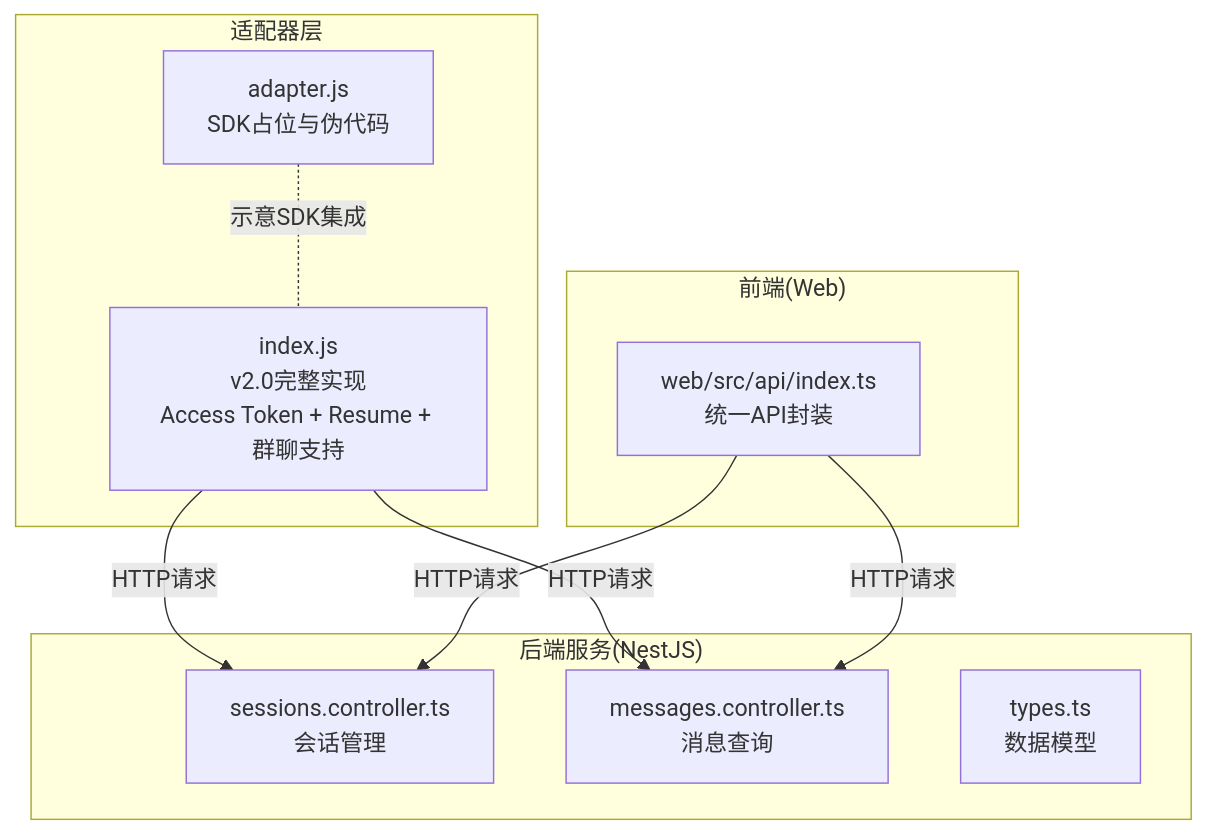
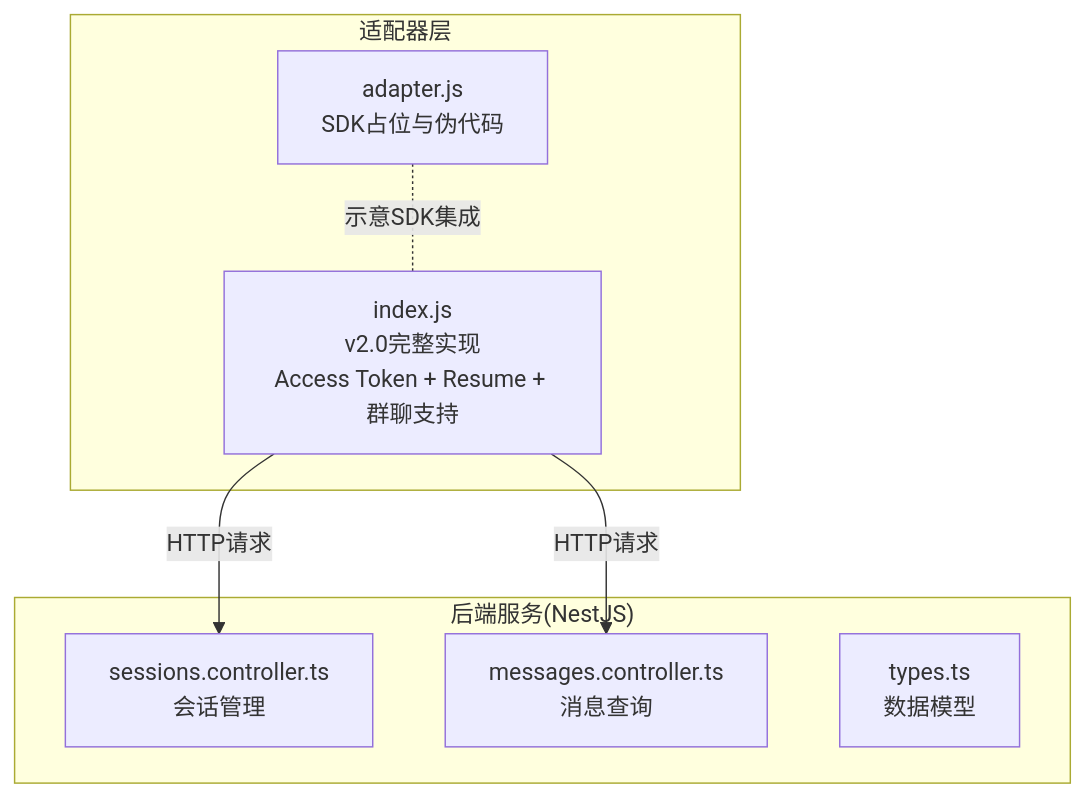
Before and after one commit to L1mingyoung/ex: the first of 14 diagrams in .qoder/repowiki/zh/content/多平台适配器/QQ机器人适配器.md, drawn with Mermaid. The commit also changed other lines of this file and 9 other files, not shown here.

````diff
--- a/.qoder/repowiki/zh/content/多平台适配器/QQ机器人适配器.md
+++ b/.qoder/repowiki/zh/content/多平台适配器/QQ机器人适配器.md
@@ -46,20 +49,15 @@
 ```mermaid
 graph TB
 subgraph "适配器层"
 IDX["index.js<br/>v2.0完整实现<br/>Access Token + Resume + 群聊支持"]
 ADP["adapter.js<br/>SDK占位与伪代码"]
 end
 subgraph "后端服务(NestJS)"
 SESS_CTRL["sessions.controller.ts<br/>会话管理"]
 MSG_CTRL["messages.controller.ts<br/>消息查询"]
 TYPES["types.ts<br/>数据模型"]
 end
-subgraph "前端(Web)"
-WEB_API["web/src/api/index.ts<br/>统一API封装"]
-end
 IDX --> |"HTTP请求"| SESS_CTRL
 IDX --> |"HTTP请求"| MSG_CTRL
-WEB_API --> |"HTTP请求"| SESS_CTRL
-WEB_API --> |"HTTP请求"| MSG_CTRL
 ADP -. "示意SDK集成" .- IDX
 ```
````
